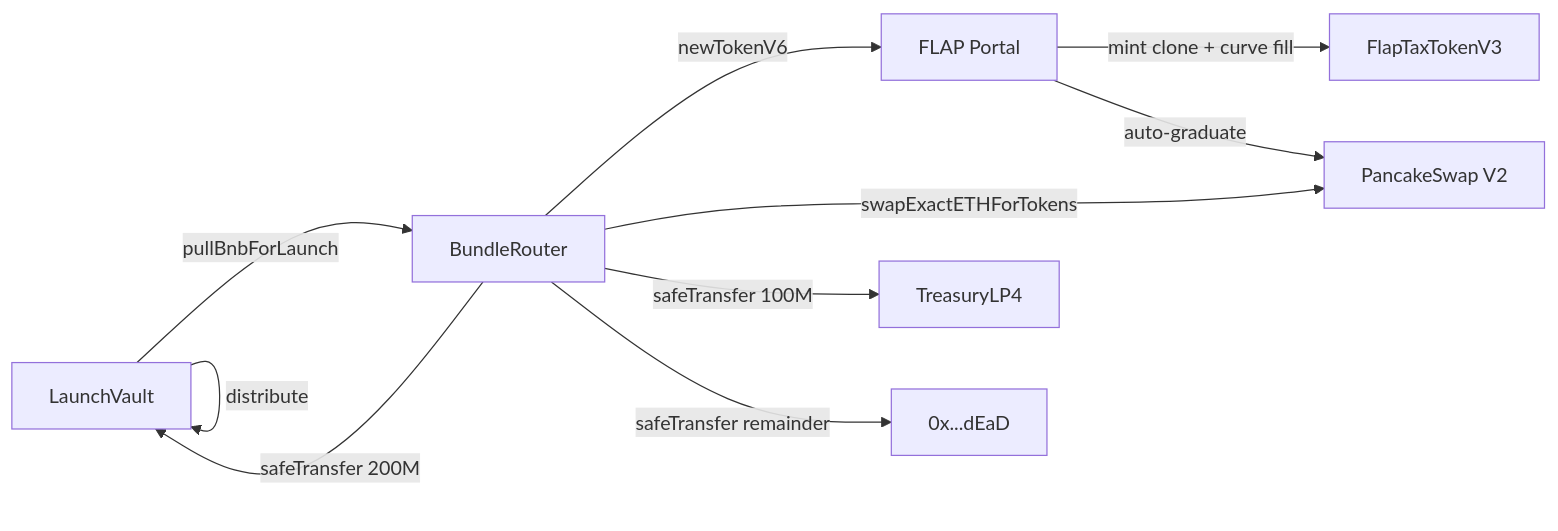
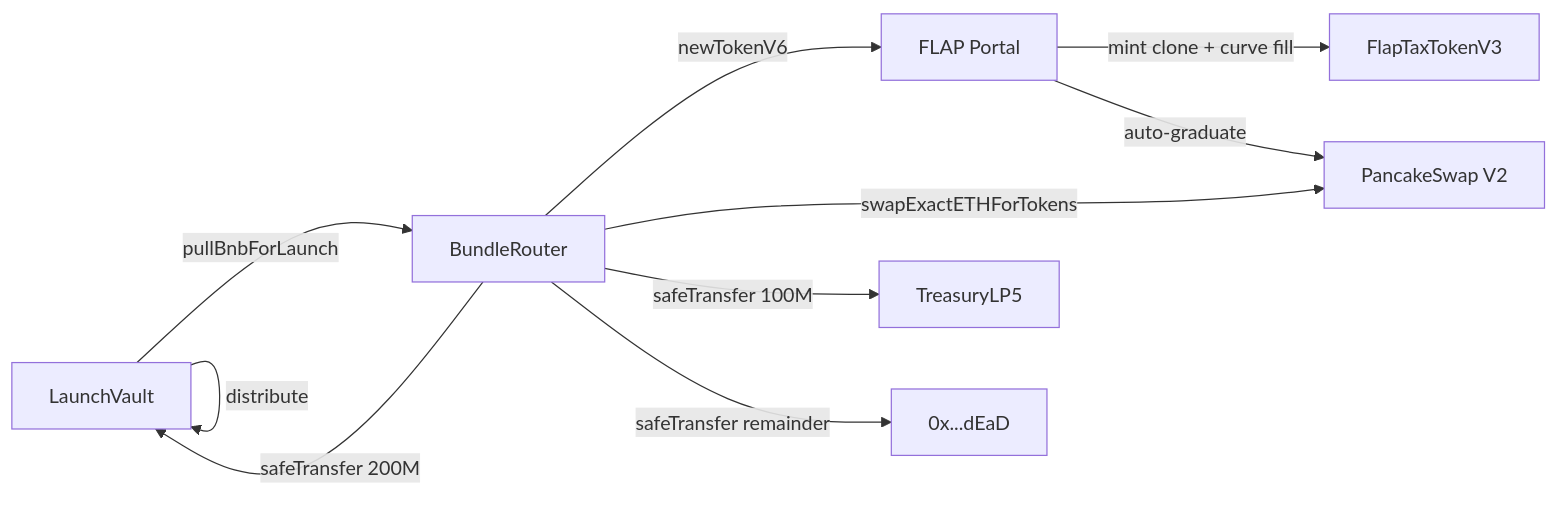
Before and after one commit to waifufun/waifu.fun: the diagram in docs/creators/bundle-architecture.mdx, drawn with Mermaid. The commit also changed other lines of this file and 18 other files, not shown here.

````diff
--- a/docs/creators/bundle-architecture.mdx
+++ b/docs/creators/bundle-architecture.mdx
@@ -12,12 +12,12 @@
 ```mermaid
 flowchart LR
   Vault[LaunchVault] -- pullBnbForLaunch --> Router[BundleRouter]
   Router -- newTokenV6 --> Portal[FLAP Portal]
   Portal -- mint clone + curve fill --> Token[FlapTaxTokenV3]
   Portal -- auto-graduate --> PCS[PancakeSwap V2]
   Router -- swapExactETHForTokens --> PCS
   Router -- safeTransfer 200M --> Vault
-  Router -- safeTransfer 100M --> Treasury[TreasuryLP4]
+  Router -- safeTransfer 100M --> Treasury[TreasuryLP5]
   Router -- safeTransfer remainder --> Burn[0x...dEaD]
   Vault -- distribute --> Vault
 ```
````
